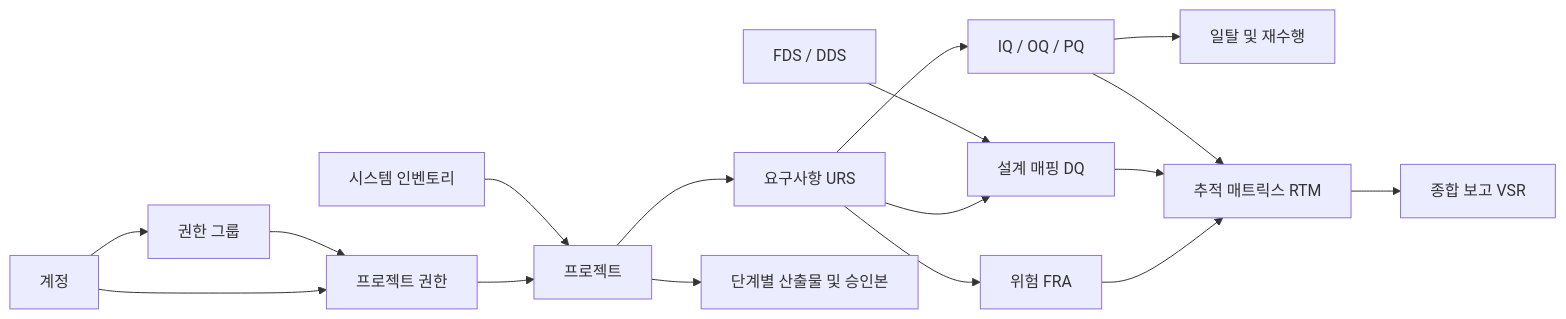
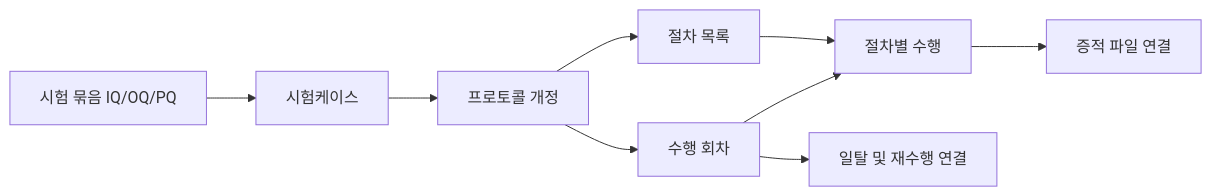
One commit to kmh52826-collab/Korean-Enterprise-Knowledge-Base-Design changed the first of 2 diagrams in docs/test.md. Above: the diagram before and after it, drawn with Mermaid. The commit also changed other lines of this file, not shown here.

````diff
--- a/docs/test.md
+++ b/docs/test.md
@@ -303,19 +440,11 @@
 ```mermaid
 flowchart LR
-    Accounts[계정] --> Groups[권한 그룹]
-    Accounts --> Grants[프로젝트 권한]
-    Groups --> Grants
-    Grants --> Projects[프로젝트]
-    Inventory[시스템 인벤토리] --> Projects
-    Projects --> URS[요구사항 URS]
-    URS --> FRA[위험 FRA]
-    URS --> DQ[설계 매핑 DQ]
-    Design[FDS / DDS] --> DQ
-    URS --> Tests[IQ / OQ / PQ]
-    Tests --> Deviations[일탈 및 재수행]
-    FRA --> RTM[추적 매트릭스 RTM]
-    DQ --> RTM
-    Tests --> RTM
-    RTM --> VSR[종합 보고 VSR]
-    Projects --> Docs[단계별 산출물 및 승인본]
+    A[시험 묶음 IQ/OQ/PQ] --> C[시험케이스]
+    C --> R[프로토콜 개정]
+    R --> S[절차 목록]
+    R --> E[수행 회차]
+    E --> SE[절차별 수행]
+    S --> SE
+    SE --> F[증적 파일 연결]
+    E --> D[일탈 및 재수행 연결]
 ```
````
